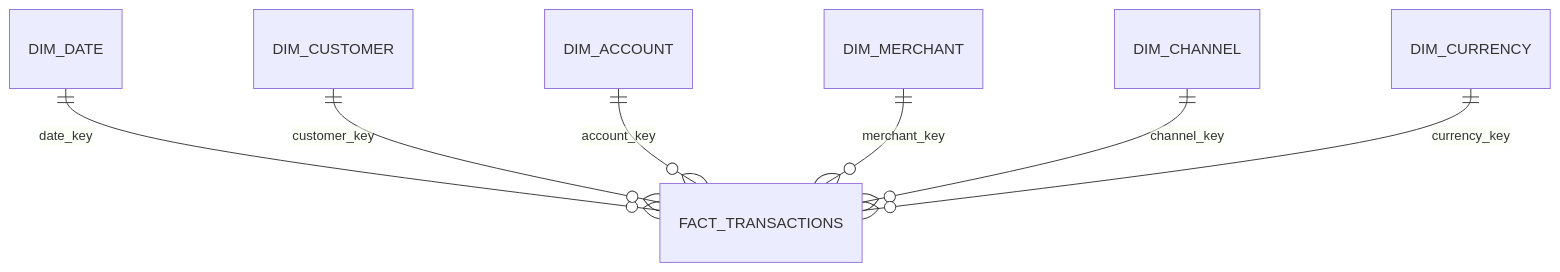
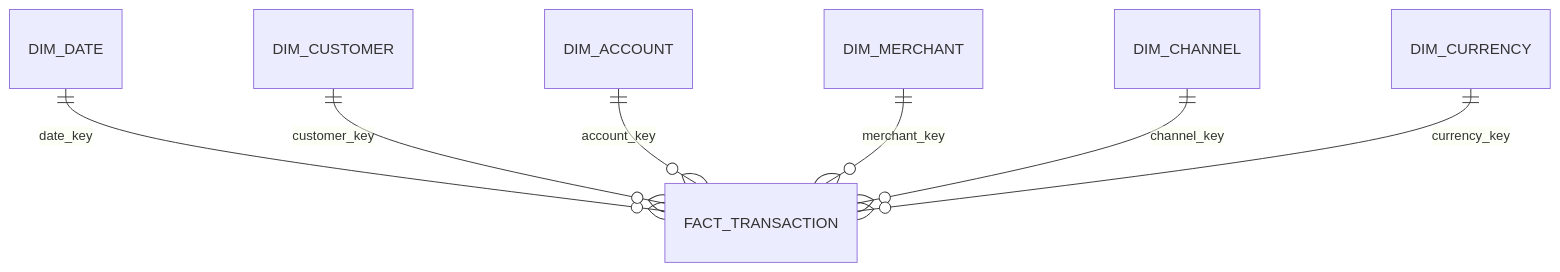
One commit to franciscosalaspla/data-engineering-portfolio changed the second of 3 diagrams in 23-azure-adf-databricks-bank-fx/docs/architecture.md. Above: the diagram before and after it, drawn with Mermaid. The commit also changed other lines of this file and 7 other files, not shown here.

````diff
--- a/23-azure-adf-databricks-bank-fx/docs/architecture.md
+++ b/23-azure-adf-databricks-bank-fx/docs/architecture.md
@@ -93,9 +83,9 @@
 ```mermaid
 erDiagram
-    DIM_DATE ||--o{ FACT_TRANSACTIONS : date_key
-    DIM_CUSTOMER ||--o{ FACT_TRANSACTIONS : customer_key
-    DIM_ACCOUNT ||--o{ FACT_TRANSACTIONS : account_key
-    DIM_MERCHANT ||--o{ FACT_TRANSACTIONS : merchant_key
-    DIM_CHANNEL ||--o{ FACT_TRANSACTIONS : channel_key
-    DIM_CURRENCY ||--o{ FACT_TRANSACTIONS : currency_key
+    DIM_DATE ||--o{ FACT_TRANSACTION : date_key
+    DIM_CUSTOMER ||--o{ FACT_TRANSACTION : customer_key
+    DIM_ACCOUNT ||--o{ FACT_TRANSACTION : account_key
+    DIM_MERCHANT ||--o{ FACT_TRANSACTION : merchant_key
+    DIM_CHANNEL ||--o{ FACT_TRANSACTION : channel_key
+    DIM_CURRENCY ||--o{ FACT_TRANSACTION : currency_key
 ```
````
